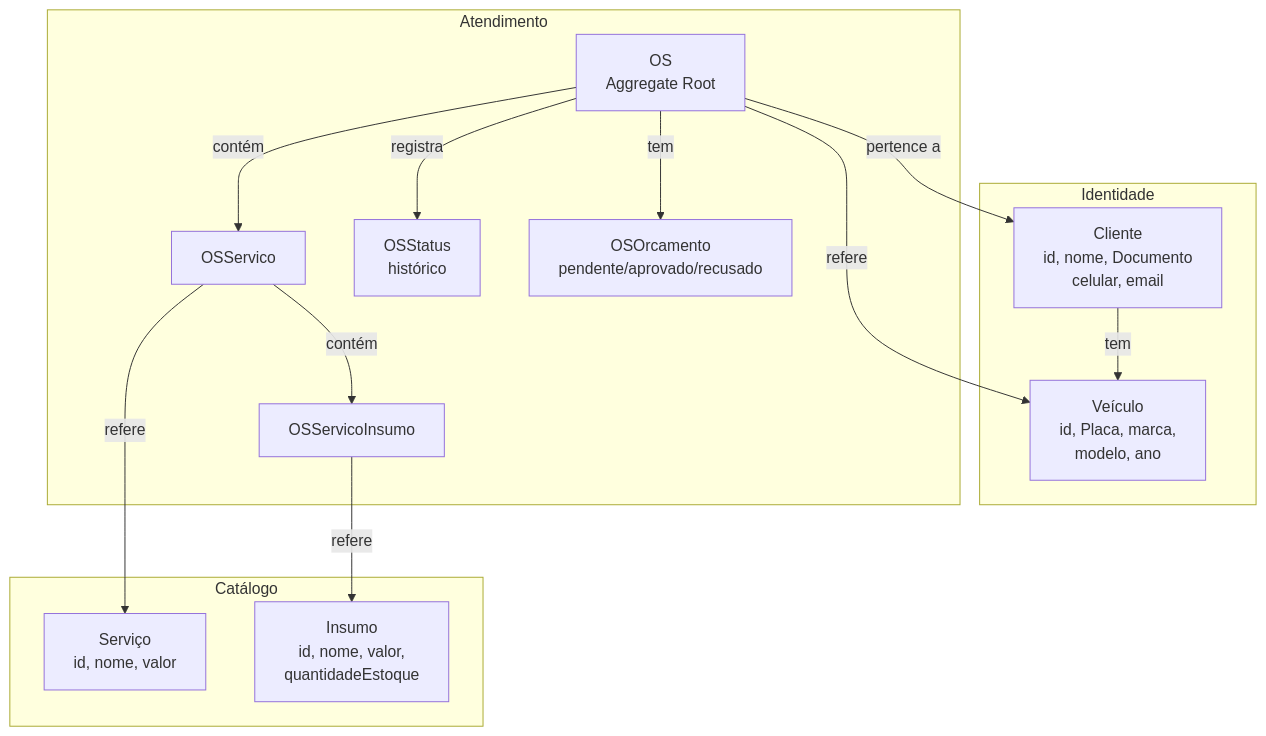
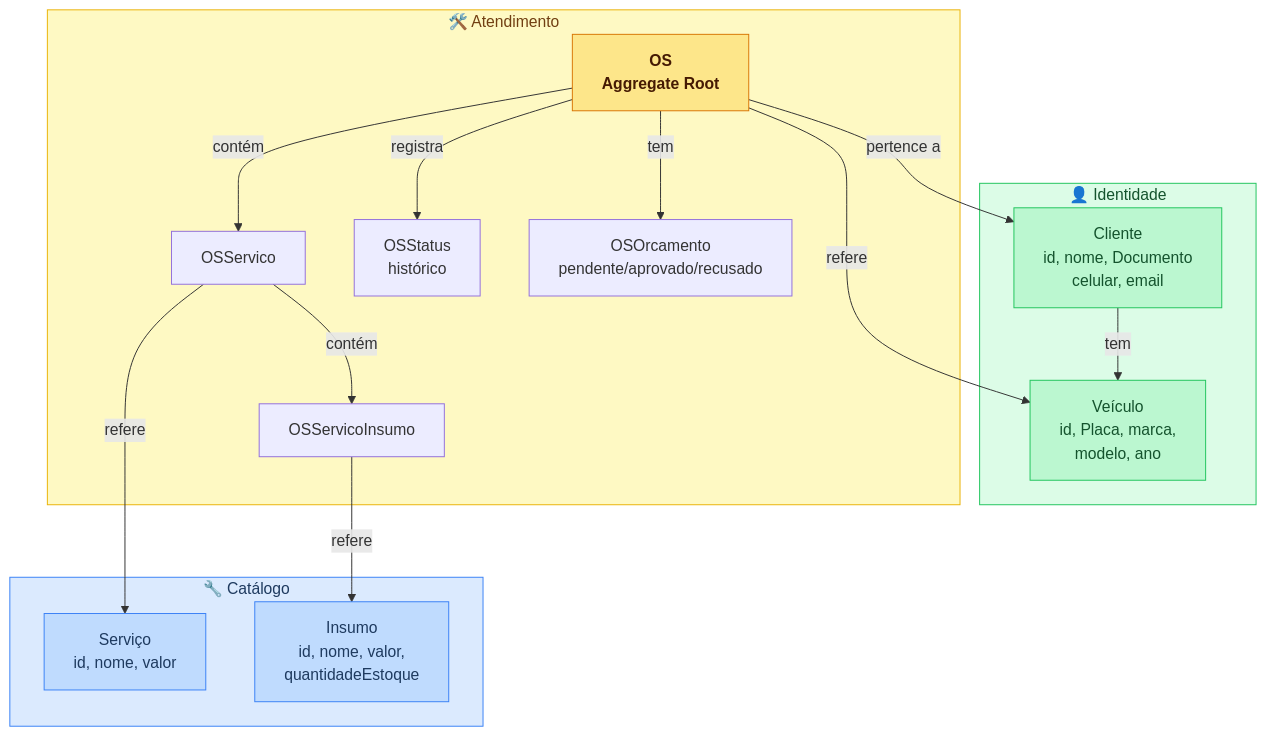
The diagram in README.md (Lorenalgm/oficina_mecanica), drawn with Mermaid before and after one commit. The commit also changed other lines of this file and 1 other file, not shown here.

Commit message:
chore: instala PCOV no Docker e atualiza README (stack, endpoints, diagrama)

````diff
--- a/README.md
+++ b/README.md
@@ -113,30 +134,39 @@
 ```mermaid
 graph TD
-    subgraph Catálogo
+    subgraph CAT["🔧 Catálogo"]
         S[Serviço\nid, nome, valor]
         I[Insumo\nid, nome, valor,\nquantidadeEstoque]
     end
 
-    subgraph Identidade
+    subgraph ID["👤 Identidade"]
         C[Cliente\nid, nome, Documento\ncelular, email]
         V[Veículo\nid, Placa, marca,\nmodelo, ano]
         C -- tem --> V
     end
 
-    subgraph Atendimento
+    subgraph AT["🛠️ Atendimento"]
         OS[OS\nAggregate Root]
         OSS[OSServico]
         OSSI[OSServicoInsumo]
         OSH[OSStatus\nhistórico]
         OSO[OSOrcamento\npendente/aprovado/recusado]
         OS -- contém --> OSS
         OSS -- contém --> OSSI
         OS -- registra --> OSH
         OS -- tem --> OSO
     end
 
     OS -- pertence a --> C
     OS -- refere --> V
     OSS -- refere --> S
     OSSI -- refere --> I
+
+    style CAT fill:#dbeafe,stroke:#3b82f6,color:#1e3a5f
+    style ID  fill:#dcfce7,stroke:#22c55e,color:#14532d
+    style AT  fill:#fef9c3,stroke:#eab308,color:#713f12
+    style OS  fill:#fde68a,stroke:#d97706,color:#451a03,font-weight:bold
+    style S   fill:#bfdbfe,stroke:#3b82f6,color:#1e3a5f
+    style I   fill:#bfdbfe,stroke:#3b82f6,color:#1e3a5f
+    style C   fill:#bbf7d0,stroke:#22c55e,color:#14532d
+    style V   fill:#bbf7d0,stroke:#22c55e,color:#14532d
 ```
````
